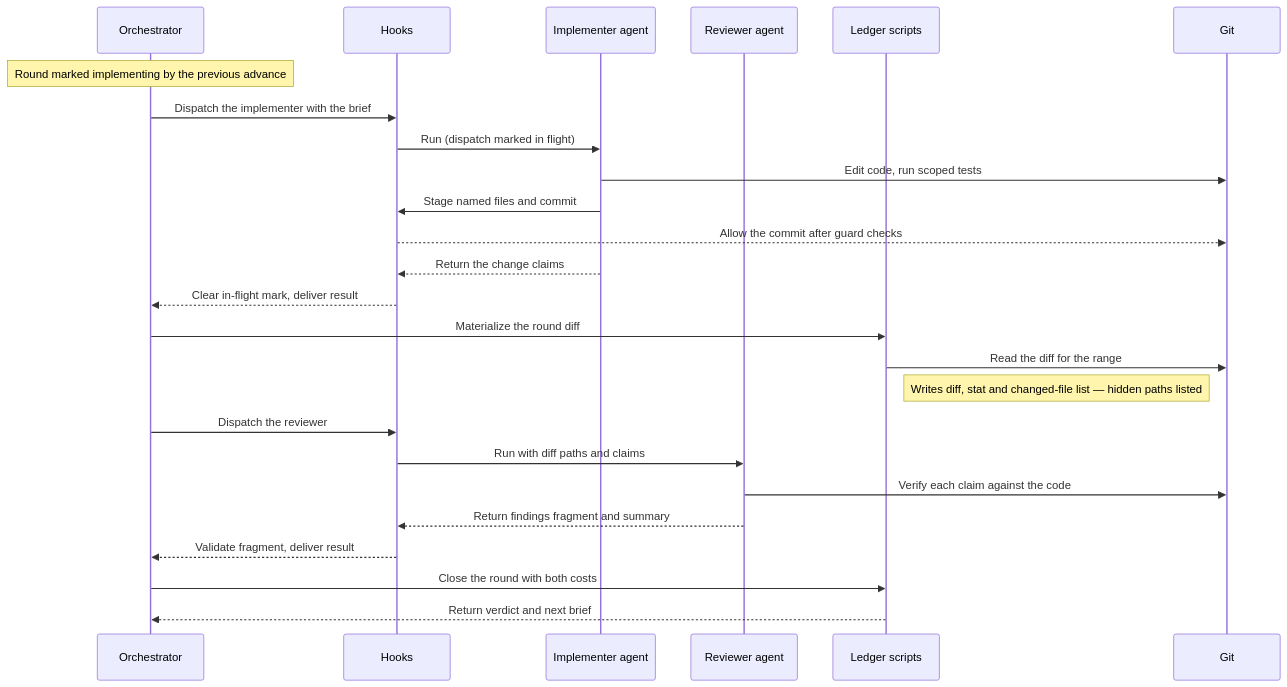
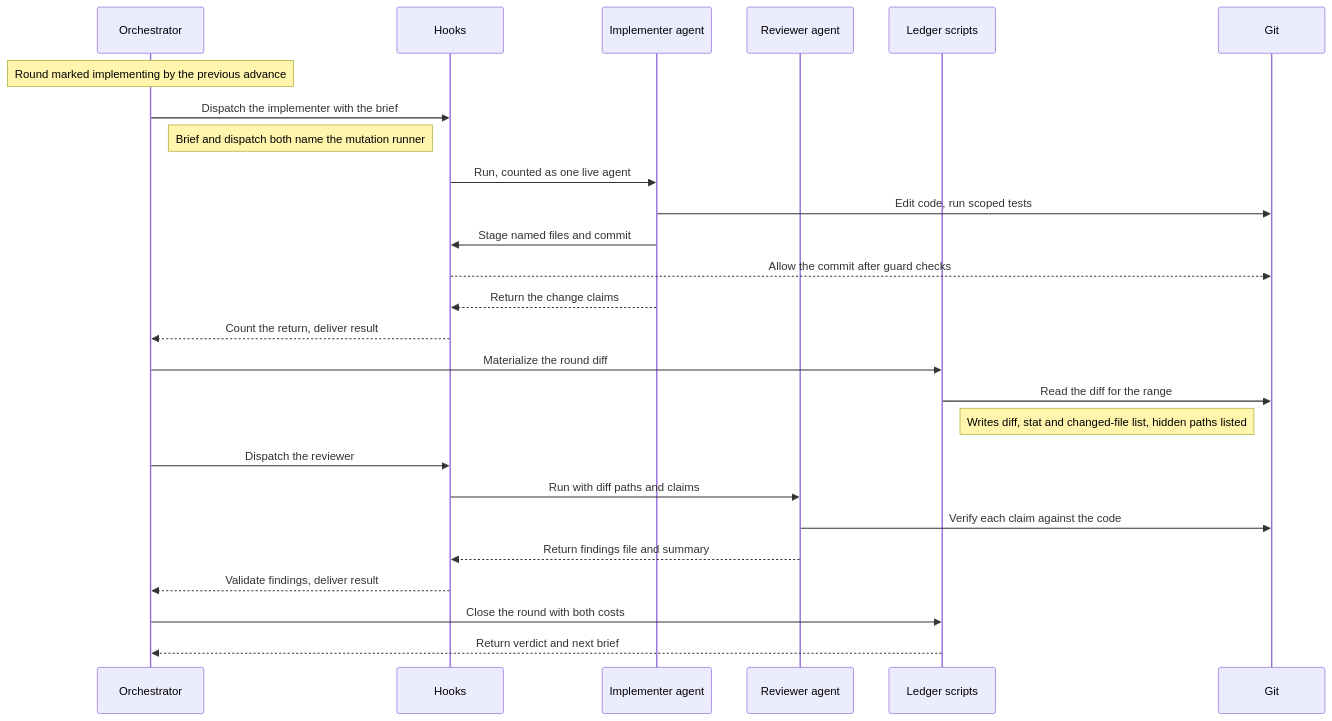
One commit to peterlit/quiller-claude-plugins changed diagram 11 of 30 in docs/architecture/review-loop-tools.md. Above: the diagram before and after it, drawn with Mermaid. The commit also changed other lines of this file and 5 other files, not shown here.

````diff
--- a/docs/architecture/review-loop-tools.md
+++ b/docs/architecture/review-loop-tools.md
@@ -762,28 +1326,29 @@
 ```mermaid
 sequenceDiagram
     participant O as Orchestrator
     participant K as Hooks
     participant I as Implementer agent
     participant R as Reviewer agent
     participant L as Ledger scripts
     participant G as Git
 
     Note over O: Round marked implementing by the previous advance
     O->>K: Dispatch the implementer with the brief
-    K->>I: Run (dispatch marked in flight)
+    Note right of O: Brief and dispatch both name the mutation runner
+    K->>I: Run, counted as one live agent
     I->>G: Edit code, run scoped tests
     I->>K: Stage named files and commit
     K-->>G: Allow the commit after guard checks
     I-->>K: Return the change claims
-    K-->>O: Clear in-flight mark, deliver result
+    K-->>O: Count the return, deliver result
     O->>L: Materialize the round diff
     L->>G: Read the diff for the range
-    Note right of L: Writes diff, stat and changed-file list — hidden paths listed
+    Note right of L: Writes diff, stat and changed-file list, hidden paths listed
     O->>K: Dispatch the reviewer
     K->>R: Run with diff paths and claims
     R->>G: Verify each claim against the code
-    R-->>K: Return findings fragment and summary
-    K-->>O: Validate fragment, deliver result
+    R-->>K: Return findings file and summary
+    K-->>O: Validate findings, deliver result
     O->>L: Close the round with both costs
     L-->>O: Return verdict and next brief
 ```
````
